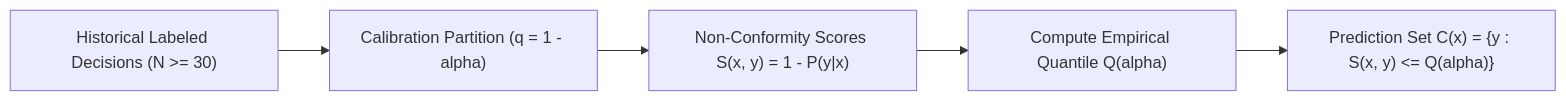
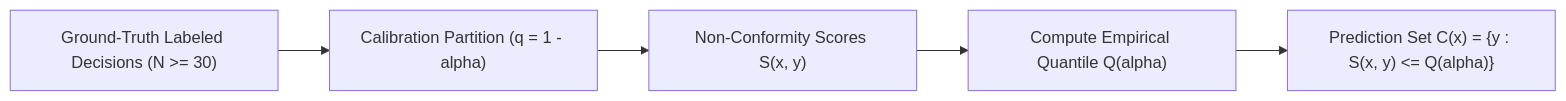
One commit to AlienatedAliens/ProjectLucca changed the second of 2 diagrams in luccadocs/subsystems/07_ROUTING_AND_CONFORMAL_CALIBRATION.md. Above: the diagram before and after it, drawn with Mermaid. The commit also changed other lines of this file and 309 other files, not shown here.

````diff
--- a/luccadocs/subsystems/07_ROUTING_AND_CONFORMAL_CALIBRATION.md
+++ b/luccadocs/subsystems/07_ROUTING_AND_CONFORMAL_CALIBRATION.md
@@ -66,7 +69,7 @@
 ```mermaid
 flowchart LR
-    HIST["Historical Labeled Decisions (N >= 30)"] --> CAL_SET["Calibration Partition (q = 1 - alpha)"]
-    CAL_SET --> NC["Non-Conformity Scores S(x, y) = 1 - P(y|x)"]
+    HIST["Ground-Truth Labeled Decisions (N >= 30)"] --> CAL_SET["Calibration Partition (q = 1 - alpha)"]
+    CAL_SET --> NC["Non-Conformity Scores S(x, y)"]
     NC --> QUANT["Compute Empirical Quantile Q(alpha)"]
     QUANT --> PRED_SET["Prediction Set C(x) = {y : S(x, y) <= Q(alpha)}"]
 ```
````
